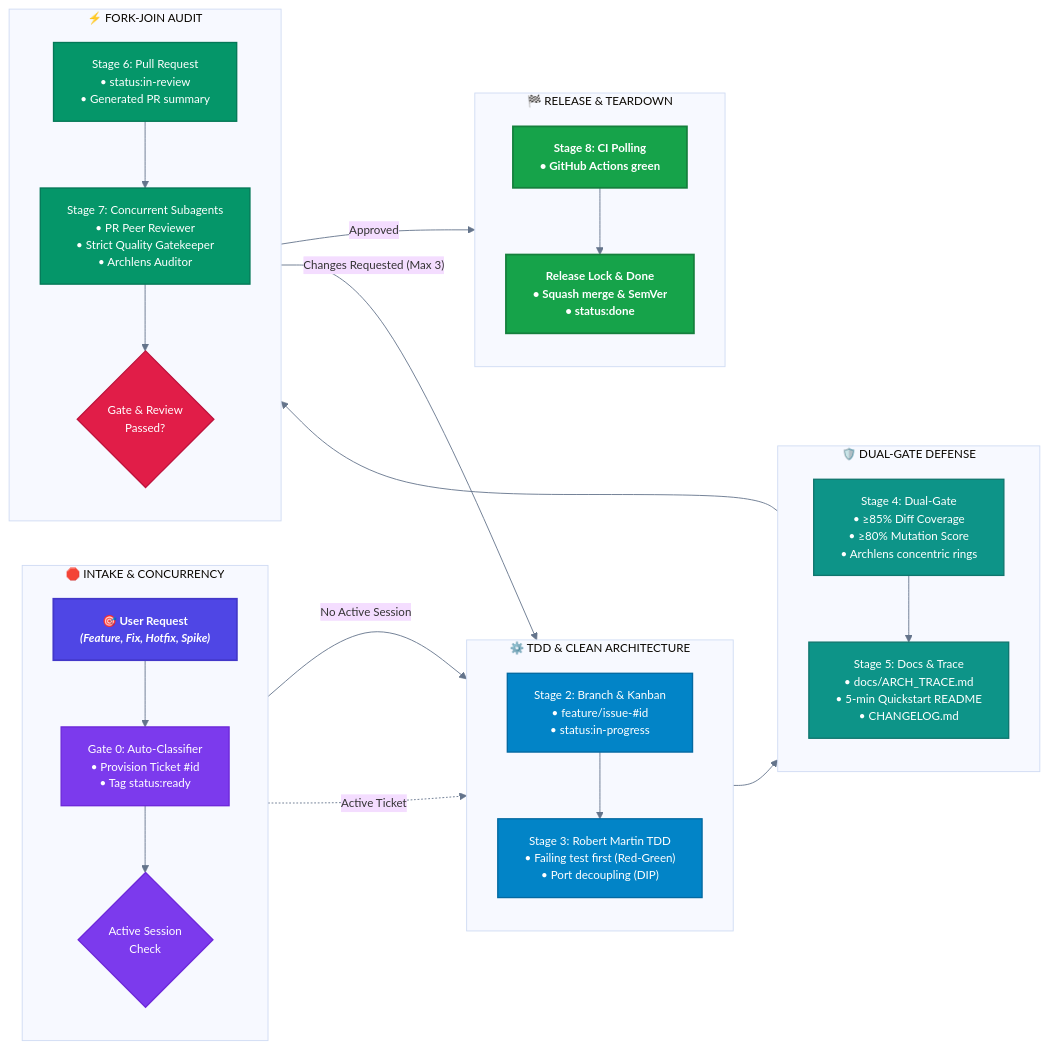
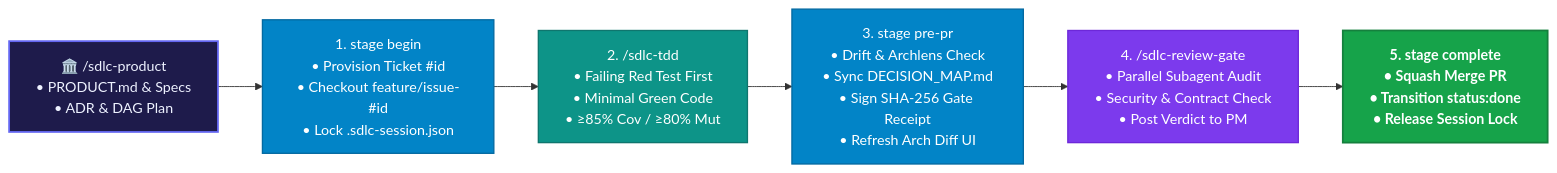
The diagram in README.md (fmatar/sealit), drawn with Mermaid before and after one commit. The commit also changed other lines of this file and 5 other files, not shown here.

````diff
--- a/README.md
+++ b/README.md
@@ -46,62 +89,17 @@
 ```mermaid
-%%{init: {'theme': 'base', 'themeVariables': { 'fontFamily': 'system-ui, -apple-system, BlinkMacSystemFont, Segoe UI, Roboto, sans-serif', 'fontSize': '13px', 'darkMode': false, 'lineColor': '#64748b' }}}%%
 flowchart LR
-    %% Styling Palette (High Contrast, GitHub-Native Aesthetics)
-    classDef trigger fill:#4f46e5,stroke:#4338ca,stroke-width:2px,color:#ffffff,font-weight:bold;
-    classDef gate0 fill:#7c3aed,stroke:#6d28d9,stroke-width:1.5px,color:#ffffff;
+    classDef init fill:#1e1b4b,stroke:#6366f1,stroke-width:2px,color:#eef2ff;
     classDef stage fill:#0284c7,stroke:#0369a1,stroke-width:1.5px,color:#ffffff;
-    classDef gate fill:#0d9488,stroke:#0f766e,stroke-width:1.5px,color:#ffffff;
-    classDef subagent fill:#059669,stroke:#047857,stroke-width:1.5px,color:#ffffff;
-    classDef circuit fill:#e11d48,stroke:#be123c,stroke-width:1.5px,color:#ffffff;
+    classDef tdd fill:#0d9488,stroke:#0f766e,stroke-width:1.5px,color:#ffffff;
+    classDef gate fill:#7c3aed,stroke:#6d28d9,stroke-width:1.5px,color:#ffffff;
     classDef done fill:#16a34a,stroke:#15803d,stroke-width:2px,color:#ffffff,font-weight:bold;
 
-    %% 1. Ingestion & Pre-Flight
-    subgraph Phase1 [" 🛑 INTAKE & CONCURRENCY "]
-        direction TB
-        UserReq["🎯 User Request<br/><i>(Feature, Fix, Hotfix, Spike)</i>"]:::trigger
-        Gate0["Gate 0: Auto-Classifier<br/>• Provision Ticket #id<br/>• Tag status:ready"]:::gate0
-        PreFlight{"Active Session<br/>Check"}:::gate0
-        UserReq --> Gate0 --> PreFlight
-    end
+    P["🏛️ /sdlc-product\n• PRODUCT.md & Specs\n• ADR & DAG Plan"]:::init
+    B["1. stage begin\n• Provision Ticket #id\n• Checkout feature/issue-#id\n• Lock .sdlc-session.json"]:::stage
+    T["2. /sdlc-tdd\n• Failing Red Test First\n• Minimal Green Code\n• ≥85% Cov / ≥80% Mut"]:::tdd
+    PR["3. stage pre-pr\n• Drift & Archlens Check\n• Sync DECISION_MAP.md\n• Sign SHA-256 Gate Receipt\n• Refresh Arch Diff UI"]:::stage
+    RG["4. /sdlc-review-gate\n• Parallel Subagent Audit\n• Security & Contract Check\n• Post Verdict to PM"]:::gate
+    C["5. stage complete\n• Squash Merge PR\n• Transition status:done\n• Release Session Lock"]:::done
 
-    %% 2. TDD & Architecture
-    subgraph Phase2 [" ⚙️ TDD & CLEAN ARCHITECTURE "]
-        direction TB
-        BranchSync["Stage 2: Branch & Kanban<br/>• feature/issue-#id<br/>• status:in-progress"]:::stage
-        TDDLoop["Stage 3: Robert Martin TDD<br/>• Failing test first (Red-Green)<br/>• Port decoupling (DIP)"]:::stage
-        BranchSync --> TDDLoop
-    end
-
-    %% 3. Dual-Gate Verification
-    subgraph Phase3 [" 🛡️ DUAL-GATE DEFENSE "]
-        direction TB
-        DualGate["Stage 4: Dual-Gate<br/>• ≥85% Diff Coverage<br/>• ≥80% Mutation Score<br/>• Archlens concentric rings"]:::gate
-        ArchTrace["Stage 5: Docs & Trace<br/>• docs/ARCH_TRACE.md<br/>• 5-min Quickstart README<br/>• CHANGELOG.md"]:::gate
-        DualGate --> ArchTrace
-    end
-
-    %% 4. Fork-Join Review
-    subgraph Phase4 [" ⚡ FORK-JOIN AUDIT "]
-        direction TB
-        OpenPR["Stage 6: Pull Request<br/>• status:in-review<br/>• Generated PR summary"]:::subagent
-        ForkJoin["Stage 7: Concurrent Subagents<br/>• PR Peer Reviewer<br/>• Strict Quality Gatekeeper<br/>• Archlens Auditor"]:::subagent
-        CircuitBreaker{"Gate & Review<br/>Passed?"}:::circuit
-        OpenPR --> ForkJoin --> CircuitBreaker
-    end
-
-    %% 5. Release & Teardown
-    subgraph Phase5 [" 🏁 RELEASE & TEARDOWN "]
-        direction TB
-        RemoteCI["Stage 8: CI Polling<br/>• GitHub Actions green"]:::done
-        MergeDone["Release Lock & Done<br/>• Squash merge & SemVer<br/>• status:done"]:::done
-        RemoteCI --> MergeDone
-    end
-
-    %% Pipeline Interconnections
-    PreFlight -->|"No Active Session"| BranchSync
-    PreFlight -.->|"Active Ticket"| TDDLoop
-    TDDLoop --> DualGate
-    ArchTrace --> OpenPR
-    CircuitBreaker -->|"Approved"| RemoteCI
-    CircuitBreaker -->|"Changes Requested (Max 3)"| TDDLoop
+    P --> B --> T --> PR --> RG --> C
 ```
````
